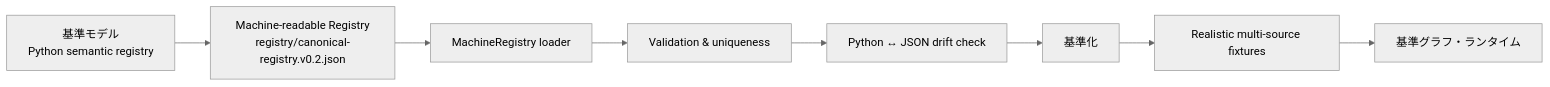
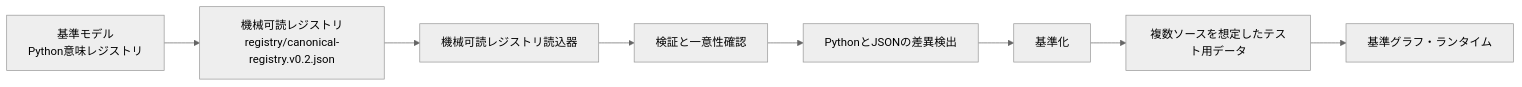
The third of 6 diagrams in README.ja.md (miumigy/scm-ontology), drawn with Mermaid (neutral theme) before and after one commit. The commit also changed other lines of this file, not shown here.

````diff
--- a/README.ja.md
+++ b/README.ja.md
@@ -138,10 +138,10 @@
 ```mermaid
 flowchart LR
-    MODEL[基準モデル\nPython semantic registry] --> REG[Machine-readable Registry\nregistry/canonical-registry.v0.2.json]
-    REG --> LOAD[MachineRegistry loader]
-    LOAD --> VALIDATE[Validation & uniqueness]
-    VALIDATE --> DRIFT[Python ↔ JSON drift check]
+    MODEL[基準モデル\nPython意味レジストリ] --> REG[機械可読レジストリ\nregistry/canonical-registry.v0.2.json]
+    REG --> LOAD[機械可読レジストリ読込器]
+    LOAD --> VALIDATE[検証と一意性確認]
+    VALIDATE --> DRIFT[PythonとJSONの差異検出]
     DRIFT --> MAP[基準化]
-    MAP --> FIX[Realistic multi-source fixtures]
+    MAP --> FIX[複数ソースを想定したテスト用データ]
     FIX --> GRAPH[基準グラフ・ランタイム]
 ```
````
